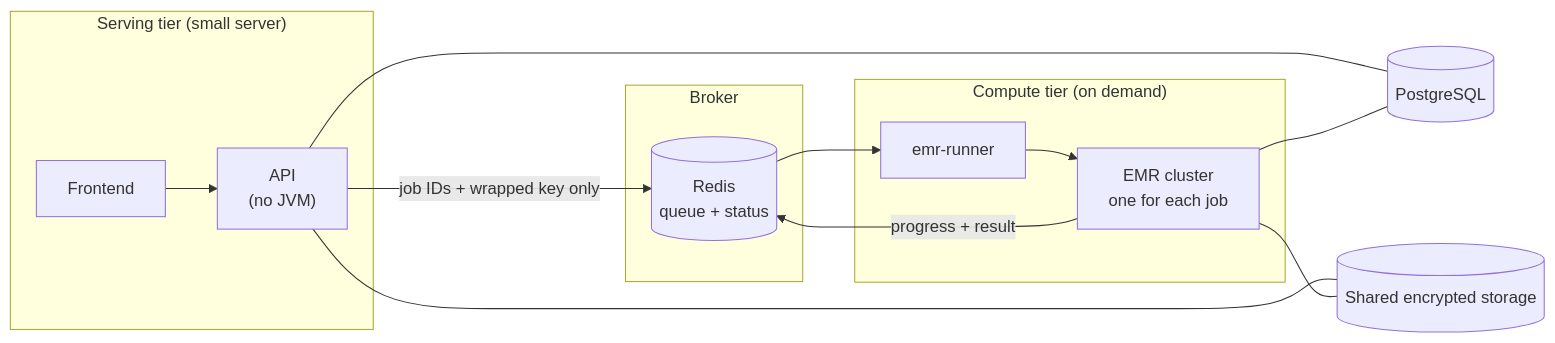
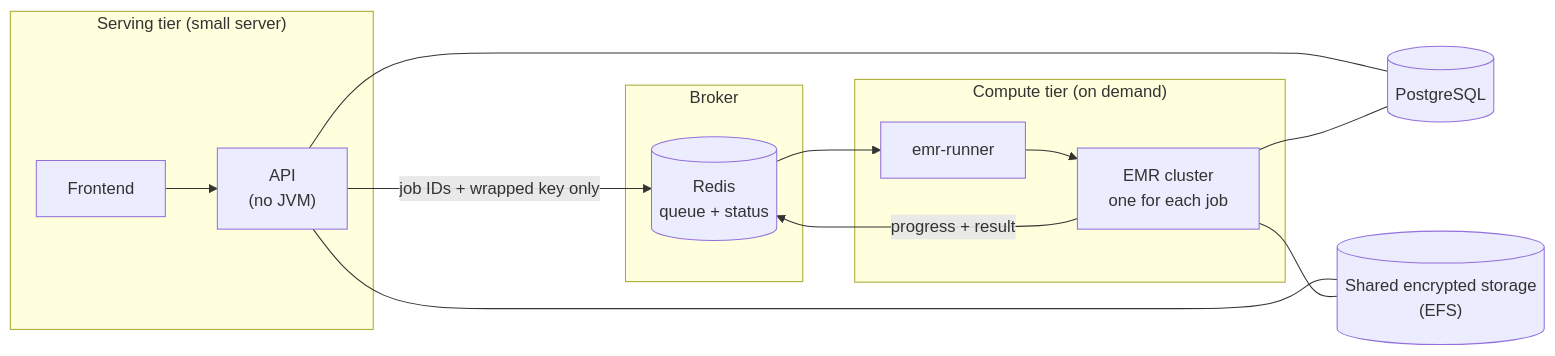
One commit to DataShield-sp18/data-shield-docs changed the second of 2 diagrams in docs/architecture/deployment.md. Above: the diagram before and after it, drawn with Mermaid. The commit also changed 2 other files, not shown here.

Commit message:
docs: update deployment and AWS architecture documentation to reflect changes in Terraform configuration

````diff
--- a/docs/architecture/deployment.md
+++ b/docs/architecture/deployment.md
@@ -66,22 +66,22 @@
 ```mermaid
 flowchart LR
     subgraph SMALL["Serving tier (small server)"]
         FE2["Frontend"] --> API2["API<br/>(no JVM)"]
     end
     subgraph BROKER["Broker"]
         Q[("Redis<br/>queue + status")]
     end
     subgraph COMPUTE["Compute tier (on demand)"]
         RUN2["emr-runner"] --> EMR2["EMR cluster<br/>one for each job"]
     end
     PG2[("PostgreSQL")]
-    S3[("Shared encrypted storage")]
+    S3[("Shared encrypted storage<br/>(EFS)")]
 
     API2 -- "job IDs + wrapped key only" --> Q
     Q --> RUN2
     EMR2 -- "progress + result" --> Q
     API2 --- PG2
     EMR2 --- PG2
     API2 --- S3
     EMR2 --- S3
 ```
````
